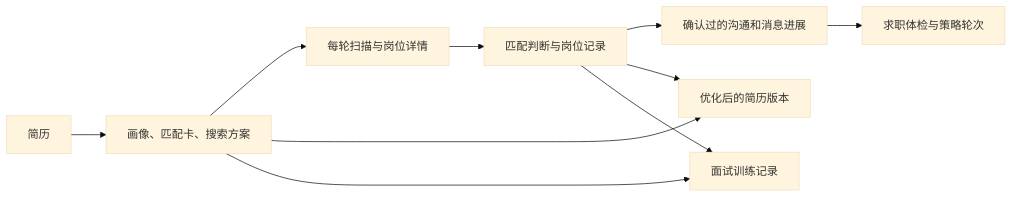
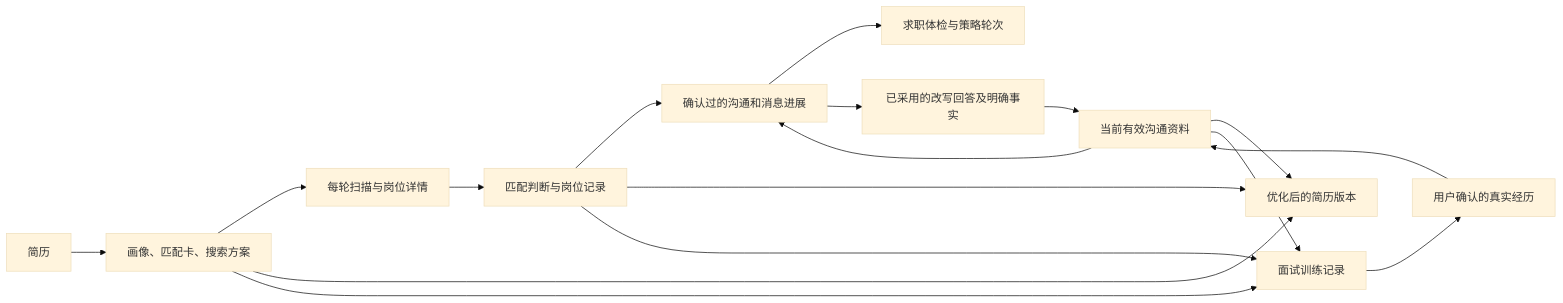
One commit to daydreamer0213/OfferGo changed diagram 15 of 15 in docs/offergo-project-map.md. Above: the diagram before and after it, drawn with Mermaid (base theme). The commit also changed other lines of this file and 31 other files, not shown here.

````diff
--- a/docs/offergo-project-map.md
+++ b/docs/offergo-project-map.md
@@ -362,12 +362,19 @@
 ```mermaid
 flowchart LR
   A[简历] --> B[画像、匹配卡、搜索方案]
   B --> C[每轮扫描与岗位详情]
   C --> D[匹配判断与岗位记录]
   D --> E[确认过的沟通和消息进展]
   E --> F[求职体检与策略轮次]
   B --> G[优化后的简历版本]
   B --> H[面试训练记录]
   D --> G
   D --> H
+  H --> I[用户确认的真实经历]
+  E --> J[已采用的改写回答及明确事实]
+  I --> K[当前有效沟通资料]
+  J --> K
+  K --> G
+  K --> H
+  K --> E
 ```
````
